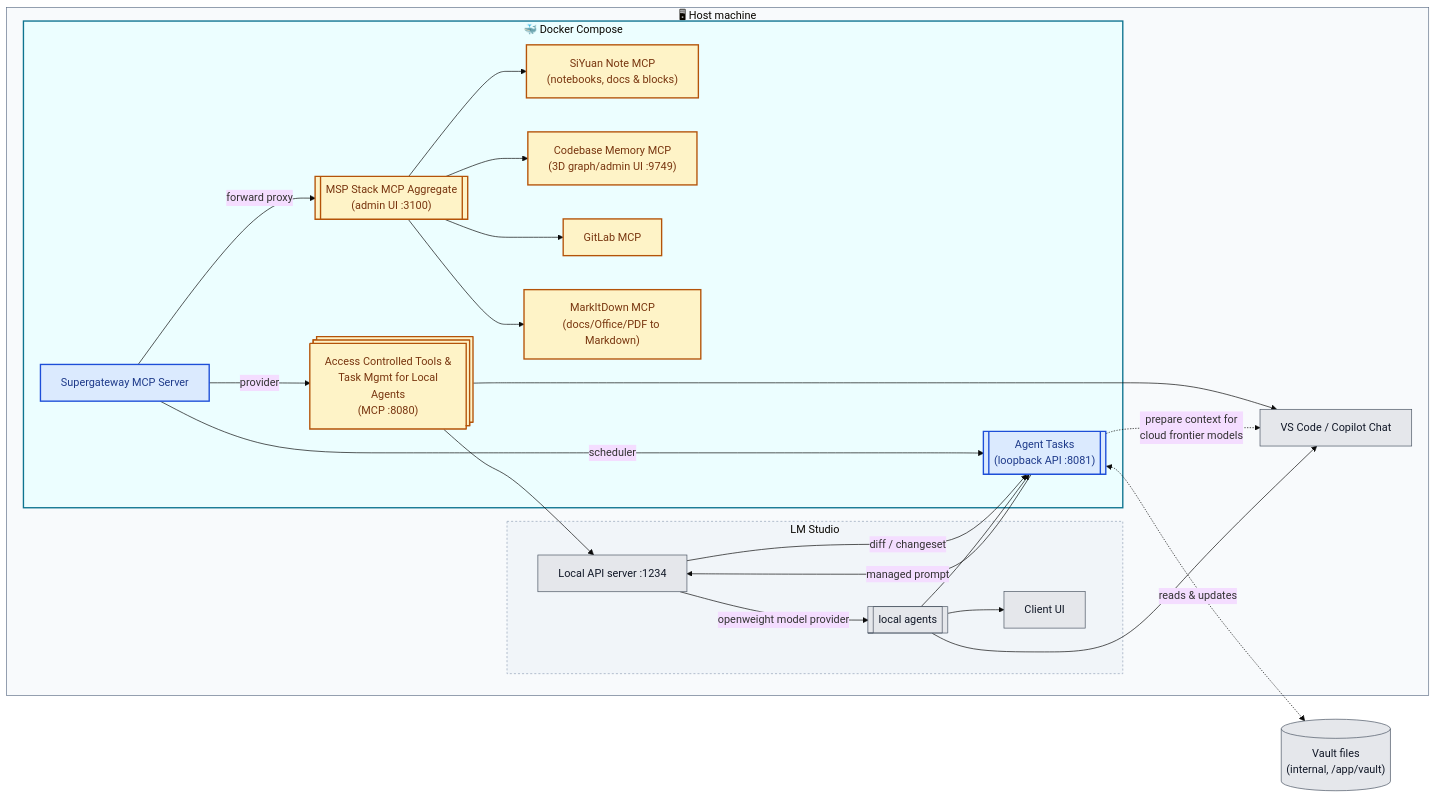
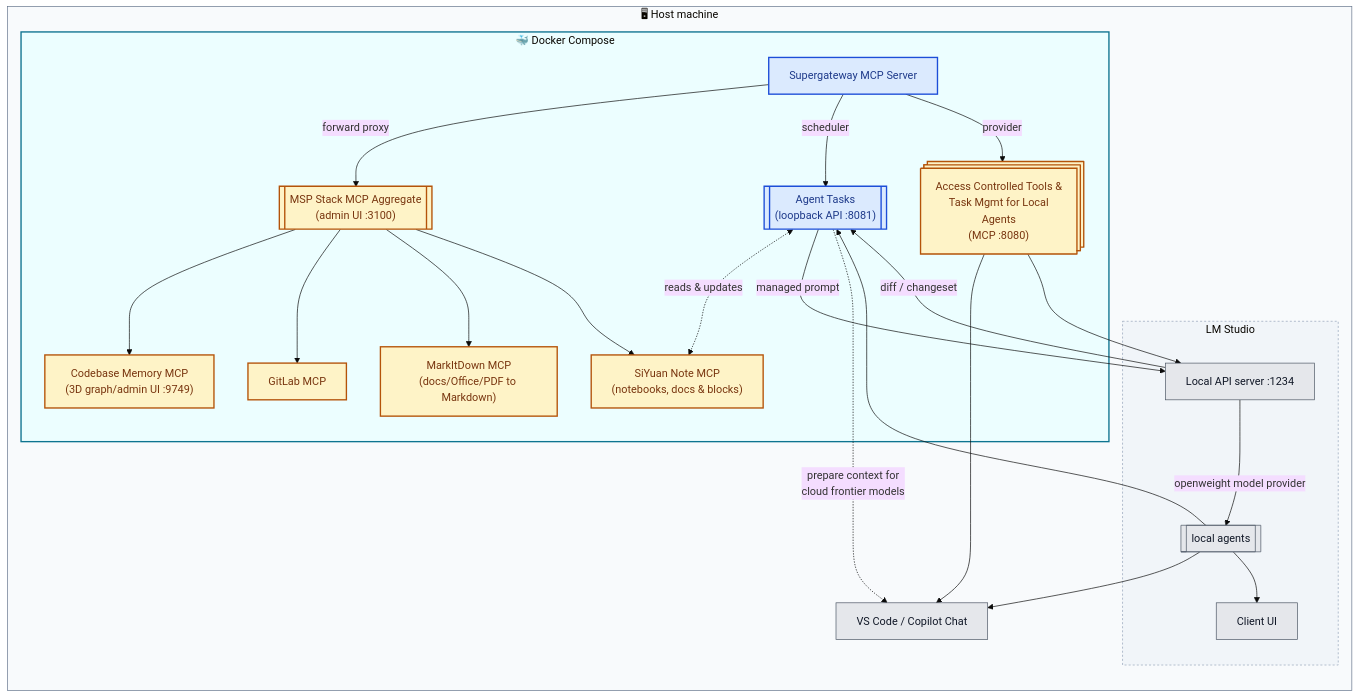
Before and after one commit to Flexi23/vscode-mcp-supergateway: the diagram in README.md, drawn with Mermaid (base theme). The commit also changed other lines of this file and 11 other files, not shown here.

First line of the commit message:
feat: replace vault subsystem with SiYuan-backed loopback

````diff
--- a/README.md
+++ b/README.md
@@ -21,70 +21,70 @@
 ```mermaid
 graph LR
     subgraph Host["🖥 Host machine"]
         Copilot["VS Code / Copilot Chat"]
 
         subgraph LMStudio["LM Studio"]
           LMStudioServer["Local API server :1234"]
           LMStudioUI["Client UI"]
           LocalAgents@{ shape: subproc, label: "local agents" }
         end
 
         subgraph Docker["🐳 Docker Compose"]
             Supergateway["Supergateway MCP Server"]
 
             Loopback@{ shape: subproc, label: "Agent Tasks<br/>(loopback API :8081)" }
             Proxy@{ shape: subproc, label: "MSP Stack MCP Aggregate<br/>(admin UI :3100)" }
             MCP@{ shape: processes, label: "Access Controlled Tools &<br/> Task Mgmt for Local Agents<br/>(MCP :8080)" }
 
             SiYuanNote["SiYuan Note MCP<br/>(notebooks, docs & blocks)"]
             CodebaseMemory["Codebase Memory MCP<br>(3D graph/admin UI :9749)"]
             GitLab["GitLab MCP"]
             MarkItDown["MarkItDown MCP<br/>(docs/Office/PDF to Markdown)"]
         end
     end
 
     Supergateway --> |forward proxy| Proxy
     Supergateway --> |scheduler| Loopback
-    Loopback <-. reads & updates .-> VaultFiles@{ shape: cyl, label: "Vault files<br/>(internal, /app/vault)" }
+    Loopback <-. reads & updates .-> SiYuanNote
     Supergateway --> |provider|MCP
 
     MCP --> Copilot
     MCP --> LMStudioServer
 
     LMStudioServer --> |openweight model provider| LocalAgents
     LMStudioServer --> |diff / changeset| Loopback
     Loopback --> |managed prompt| LMStudioServer
     Loopback -. prepare context for<br/> cloud frontier models .-> Copilot
 
     LocalAgents --> Copilot
     LocalAgents --> Loopback
     LocalAgents --> LMStudioUI
 
     Proxy --> CodebaseMemory
     Proxy --> GitLab
     Proxy --> MarkItDown
     Proxy --> SiYuanNote
 
     click Supergateway "blob/main/src/gateway.ts" "Entry point: src/gateway.ts (main())"
     click Loopback "blob/main/src/server.ts" "Entry point: src/server.ts (startBackendServer)"
     click Proxy href "https://www.npmjs.com/package/@mspstack/mcp-gateway" "npm: @mspstack/mcp-gateway" _blank
     click MCP href "https://www.npmjs.com/package/@mspstack/mcp-gateway" "npm: @mspstack/mcp-gateway (RBAC & tool access)" _blank
     click SiYuanNote href "https://www.npmjs.com/package/siyuan-mcp" "npm: siyuan-mcp" _blank
     click CodebaseMemory href "https://www.npmjs.com/package/codebase-memory-mcp" "npm: codebase-memory-mcp" _blank
     click GitLab href "https://www.npmjs.com/package/@zereight/mcp-gitlab" "npm: @zereight/mcp-gitlab" _blank
     click MarkItDown href "https://pypi.org/project/markitdown-mcp/" "PyPI: markitdown-mcp" _blank
     click LMStudioServer href "https://lmstudio.ai/docs/app/api" "LM Studio local server docs" _blank
     click LMStudioUI href "https://lmstudio.ai/" "LM Studio" _blank
 
     classDef entryPoint fill:#dbeafe,stroke:#1d4ed8,stroke-width:2px,color:#1e3a8a;
     classDef thirdParty fill:#fef3c7,stroke:#b45309,stroke-width:2px,color:#78350f;
     classDef hostApp fill:#e5e7eb,stroke:#4b5563,stroke-width:1px,color:#111827;
 
     class Supergateway,Loopback entryPoint;
     class Proxy,MCP,SiYuanNote,CodebaseMemory,GitLab,MarkItDown thirdParty;
-    class Copilot,LMStudioServer,LMStudioUI,LocalAgents,VaultFiles hostApp;
+    class Copilot,LMStudioServer,LMStudioUI,LocalAgents hostApp;
 
     style Host fill:#f8fafc,stroke:#64748b,stroke-width:1px
     style LMStudio fill:#f1f5f9,stroke:#94a3b8,stroke-width:1px,stroke-dasharray: 3 3
     style Docker fill:#ecfeff,stroke:#0e7490,stroke-width:2px
 ```
````
